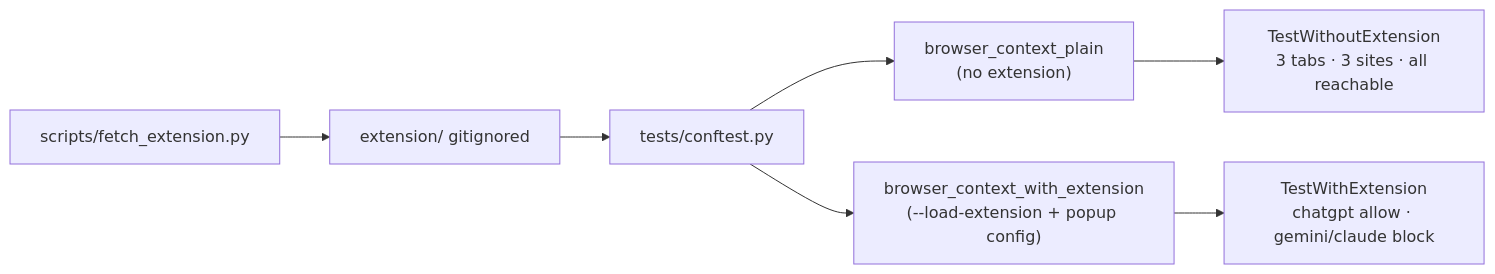
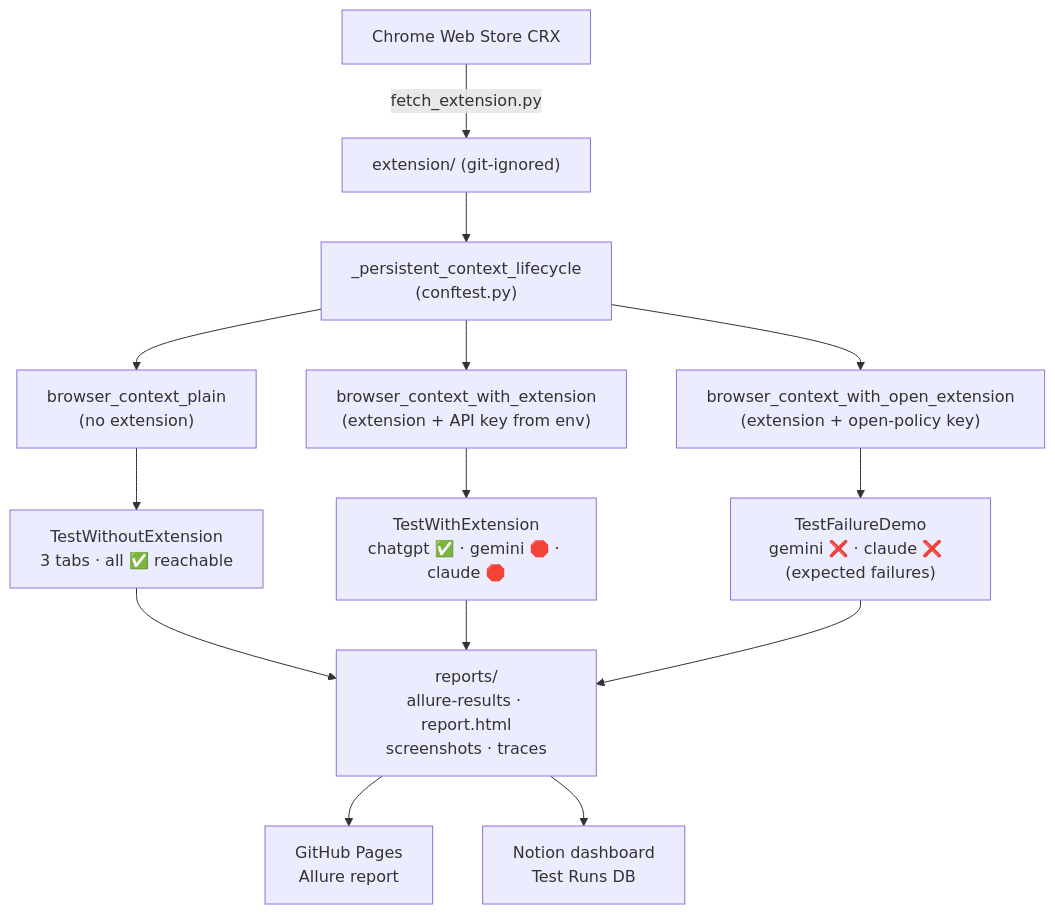
Before and after one commit to talmalek/prompt-security-home-assignment: the diagram in README.md, drawn with Mermaid. The commit also changed other lines of this file and 1 other file, not shown here.

First line of the commit message:
docs: update README and Notion narrative for 8-test suite

````diff
--- a/README.md
+++ b/README.md
@@ -16,9 +120,19 @@
 ```mermaid
-flowchart LR
-    Fetch["scripts/fetch_extension.py"] --> ExtDir["extension/ gitignored"]
-    ExtDir --> Conftest["tests/conftest.py"]
-    Conftest --> Plain["browser_context_plain<br/>(no extension)"]
-    Conftest --> WithExt["browser_context_with_extension<br/>(--load-extension + popup config)"]
-    Plain --> Baseline["TestWithoutExtension<br/>3 tabs · 3 sites · all reachable"]
-    WithExt --> Enforced["TestWithExtension<br/>chatgpt allow · gemini/claude block"]
+flowchart TD
+    CRX["Chrome Web Store CRX"] -- fetch_extension.py --> ExtDir["extension/ (git-ignored)"]
+
+    ExtDir --> Lifecycle["_persistent_context_lifecycle\n(conftest.py)"]
+    Lifecycle --> Plain["browser_context_plain\n(no extension)"]
+    Lifecycle --> WithExt["browser_context_with_extension\n(extension + API key from env)"]
+    Lifecycle --> OpenExt["browser_context_with_open_extension\n(extension + open-policy key)"]
+
+    Plain --> T1["TestWithoutExtension\n3 tabs · all ✅ reachable"]
+    WithExt --> T2["TestWithExtension\nchatgpt ✅ · gemini 🛑 · claude 🛑"]
+    OpenExt --> T3["TestFailureDemo\ngemini ❌ · claude ❌  (expected failures)"]
+
+    T1 --> Reports["reports/\nallure-results · report.html\nscreenshots · traces"]
+    T2 --> Reports
+    T3 --> Reports
+    Reports --> Pages["GitHub Pages\nAllure report"]
+    Reports --> Notion["Notion dashboard\nTest Runs DB"]
 ```
````
